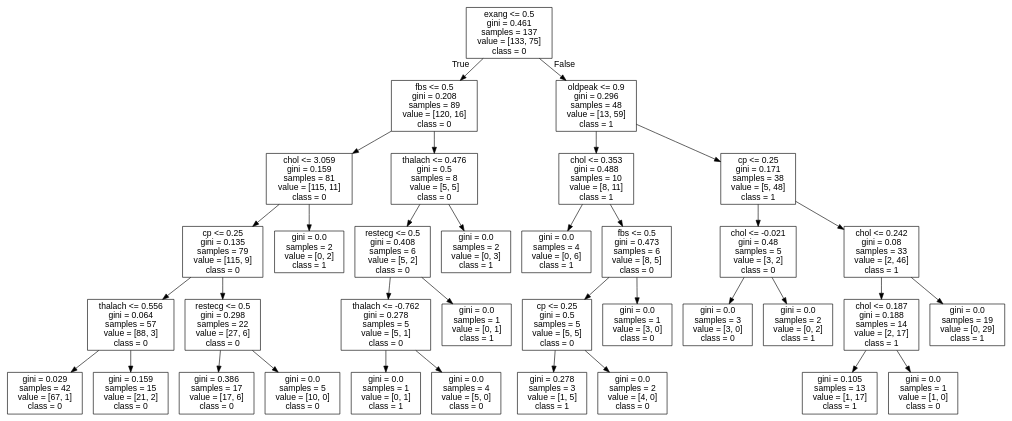
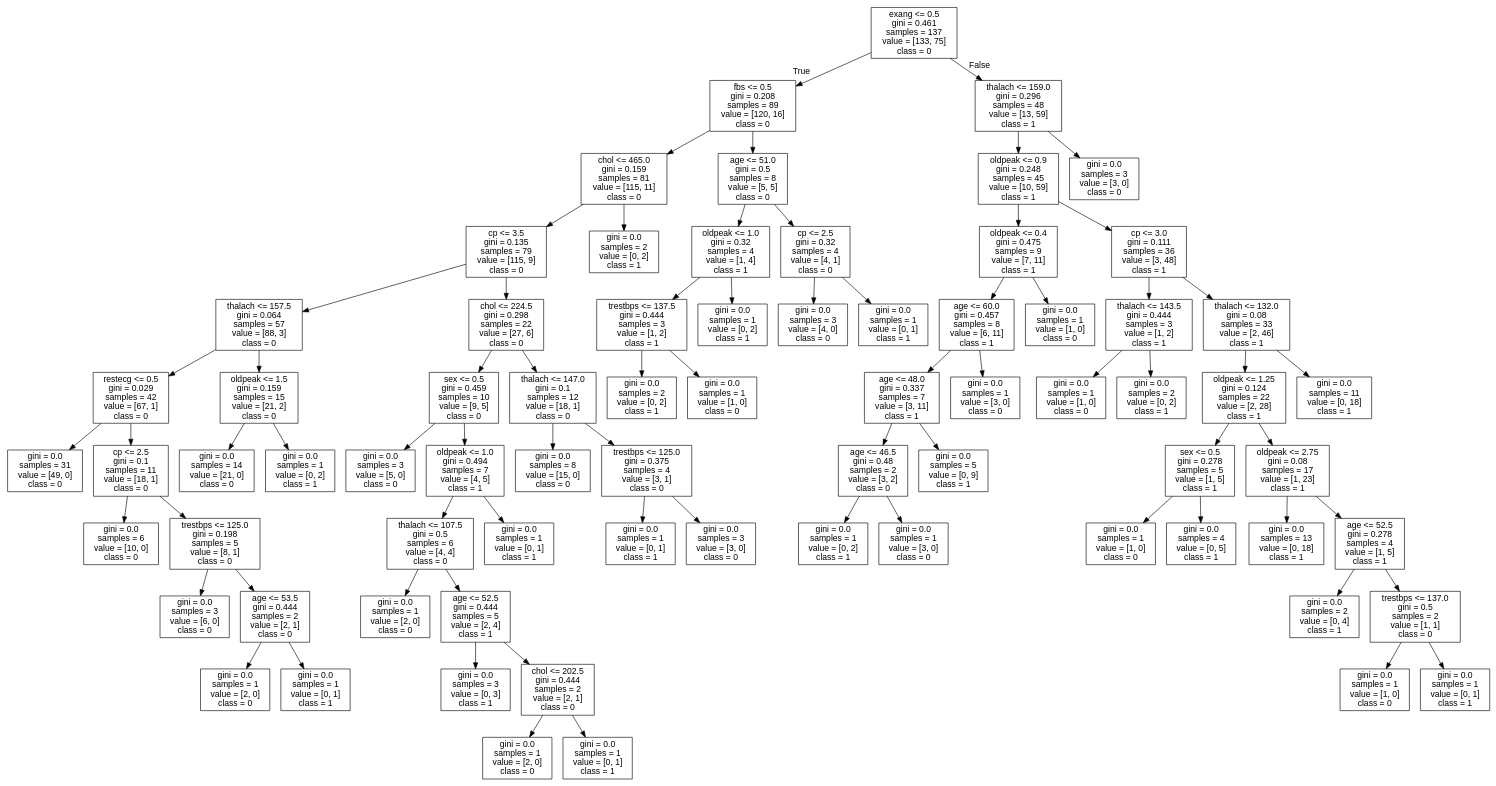
The diagram in data/heartdisease/tree.dot (cyrilvincent/ML), drawn with Graphviz before and after one commit. The commit also changed 2 other files, not shown here.

```diff
--- a/data/heartdisease/tree.dot
+++ b/data/heartdisease/tree.dot
@@ -1,73 +1,149 @@
 digraph Tree {
 node [shape=box, fontname="helvetica"] ;
 edge [fontname="helvetica"] ;
 0 [label="exang <= 0.5\ngini = 0.461\nsamples = 137\nvalue = [133, 75]\nclass = 0"] ;
 1 [label="fbs <= 0.5\ngini = 0.208\nsamples = 89\nvalue = [120, 16]\nclass = 0"] ;
 0 -> 1 [labeldistance=2.5, labelangle=45, headlabel="True"] ;
-2 [label="chol <= 3.059\ngini = 0.159\nsamples = 81\nvalue = [115, 11]\nclass = 0"] ;
+2 [label="chol <= 465.0\ngini = 0.159\nsamples = 81\nvalue = [115, 11]\nclass = 0"] ;
 1 -> 2 ;
-3 [label="cp <= 0.25\ngini = 0.135\nsamples = 79\nvalue = [115, 9]\nclass = 0"] ;
+3 [label="cp <= 3.5\ngini = 0.135\nsamples = 79\nvalue = [115, 9]\nclass = 0"] ;
 2 -> 3 ;
-4 [label="thalach <= 0.556\ngini = 0.064\nsamples = 57\nvalue = [88, 3]\nclass = 0"] ;
+4 [label="thalach <= 157.5\ngini = 0.064\nsamples = 57\nvalue = [88, 3]\nclass = 0"] ;
 3 -> 4 ;
-5 [label="gini = 0.029\nsamples = 42\nvalue = [67, 1]\nclass = 0"] ;
+5 [label="restecg <= 0.5\ngini = 0.029\nsamples = 42\nvalue = [67, 1]\nclass = 0"] ;
 4 -> 5 ;
-6 [label="gini = 0.159\nsamples = 15\nvalue = [21, 2]\nclass = 0"] ;
-4 -> 6 ;
-7 [label="restecg <= 0.5\ngini = 0.298\nsamples = 22\nvalue = [27, 6]\nclass = 0"] ;
-3 -> 7 ;
-8 [label="gini = 0.386\nsamples = 17\nvalue = [17, 6]\nclass = 0"] ;
+6 [label="gini = 0.0\nsamples = 31\nvalue = [49, 0]\nclass = 0"] ;
+5 -> 6 ;
+7 [label="cp <= 2.5\ngini = 0.1\nsamples = 11\nvalue = [18, 1]\nclass = 0"] ;
+5 -> 7 ;
+8 [label="gini = 0.0\nsamples = 6\nvalue = [10, 0]\nclass = 0"] ;
 7 -> 8 ;
-9 [label="gini = 0.0\nsamples = 5\nvalue = [10, 0]\nclass = 0"] ;
+9 [label="trestbps <= 125.0\ngini = 0.198\nsamples = 5\nvalue = [8, 1]\nclass = 0"] ;
 7 -> 9 ;
-10 [label="gini = 0.0\nsamples = 2\nvalue = [0, 2]\nclass = 1"] ;
-2 -> 10 ;
-11 [label="thalach <= 0.476\ngini = 0.5\nsamples = 8\nvalue = [5, 5]\nclass = 0"] ;
-1 -> 11 ;
-12 [label="restecg <= 0.5\ngini = 0.408\nsamples = 6\nvalue = [5, 2]\nclass = 0"] ;
+10 [label="gini = 0.0\nsamples = 3\nvalue = [6, 0]\nclass = 0"] ;
+9 -> 10 ;
+11 [label="age <= 53.5\ngini = 0.444\nsamples = 2\nvalue = [2, 1]\nclass = 0"] ;
+9 -> 11 ;
+12 [label="gini = 0.0\nsamples = 1\nvalue = [2, 0]\nclass = 0"] ;
 11 -> 12 ;
-13 [label="thalach <= -0.762\ngini = 0.278\nsamples = 5\nvalue = [5, 1]\nclass = 0"] ;
-12 -> 13 ;
-14 [label="gini = 0.0\nsamples = 1\nvalue = [0, 1]\nclass = 1"] ;
-13 -> 14 ;
-15 [label="gini = 0.0\nsamples = 4\nvalue = [5, 0]\nclass = 0"] ;
-13 -> 15 ;
-16 [label="gini = 0.0\nsamples = 1\nvalue = [0, 1]\nclass = 1"] ;
-12 -> 16 ;
-17 [label="gini = 0.0\nsamples = 2\nvalue = [0, 3]\nclass = 1"] ;
-11 -> 17 ;
-18 [label="oldpeak <= 0.9\ngini = 0.296\nsamples = 48\nvalue = [13, 59]\nclass = 1"] ;
-0 -> 18 [labeldistance=2.5, labelangle=-45, headlabel="False"] ;
-19 [label="chol <= 0.353\ngini = 0.488\nsamples = 10\nvalue = [8, 11]\nclass = 1"] ;
+13 [label="gini = 0.0\nsamples = 1\nvalue = [0, 1]\nclass = 1"] ;
+11 -> 13 ;
+14 [label="oldpeak <= 1.5\ngini = 0.159\nsamples = 15\nvalue = [21, 2]\nclass = 0"] ;
+4 -> 14 ;
+15 [label="gini = 0.0\nsamples = 14\nvalue = [21, 0]\nclass = 0"] ;
+14 -> 15 ;
+16 [label="gini = 0.0\nsamples = 1\nvalue = [0, 2]\nclass = 1"] ;
+14 -> 16 ;
+17 [label="chol <= 224.5\ngini = 0.298\nsamples = 22\nvalue = [27, 6]\nclass = 0"] ;
+3 -> 17 ;
+18 [label="sex <= 0.5\ngini = 0.459\nsamples = 10\nvalue = [9, 5]\nclass = 0"] ;
+17 -> 18 ;
+19 [label="gini = 0.0\nsamples = 3\nvalue = [5, 0]\nclass = 0"] ;
 18 -> 19 ;
-20 [label="gini = 0.0\nsamples = 4\nvalue = [0, 6]\nclass = 1"] ;
-19 -> 20 ;
-21 [label="fbs <= 0.5\ngini = 0.473\nsamples = 6\nvalue = [8, 5]\nclass = 0"] ;
-19 -> 21 ;
-22 [label="cp <= 0.25\ngini = 0.5\nsamples = 5\nvalue = [5, 5]\nclass = 0"] ;
+20 [label="oldpeak <= 1.0\ngini = 0.494\nsamples = 7\nvalue = [4, 5]\nclass = 1"] ;
+18 -> 20 ;
+21 [label="thalach <= 107.5\ngini = 0.5\nsamples = 6\nvalue = [4, 4]\nclass = 0"] ;
+20 -> 21 ;
+22 [label="gini = 0.0\nsamples = 1\nvalue = [2, 0]\nclass = 0"] ;
 21 -> 22 ;
-23 [label="gini = 0.278\nsamples = 3\nvalue = [1, 5]\nclass = 1"] ;
-22 -> 23 ;
-24 [label="gini = 0.0\nsamples = 2\nvalue = [4, 0]\nclass = 0"] ;
-22 -> 24 ;
-25 [label="gini = 0.0\nsamples = 1\nvalue = [3, 0]\nclass = 0"] ;
-21 -> 25 ;
-26 [label="cp <= 0.25\ngini = 0.171\nsamples = 38\nvalue = [5, 48]\nclass = 1"] ;
-18 -> 26 ;
-27 [label="chol <= -0.021\ngini = 0.48\nsamples = 5\nvalue = [3, 2]\nclass = 0"] ;
-26 -> 27 ;
-28 [label="gini = 0.0\nsamples = 3\nvalue = [3, 0]\nclass = 0"] ;
-27 -> 28 ;
-29 [label="gini = 0.0\nsamples = 2\nvalue = [0, 2]\nclass = 1"] ;
-27 -> 29 ;
-30 [label="chol <= 0.242\ngini = 0.08\nsamples = 33\nvalue = [2, 46]\nclass = 1"] ;
-26 -> 30 ;
-31 [label="chol <= 0.187\ngini = 0.188\nsamples = 14\nvalue = [2, 17]\nclass = 1"] ;
-30 -> 31 ;
-32 [label="gini = 0.105\nsamples = 13\nvalue = [1, 17]\nclass = 1"] ;
+23 [label="age <= 52.5\ngini = 0.444\nsamples = 5\nvalue = [2, 4]\nclass = 1"] ;
+21 -> 23 ;
+24 [label="gini = 0.0\nsamples = 3\nvalue = [0, 3]\nclass = 1"] ;
+23 -> 24 ;
+25 [label="chol <= 202.5\ngini = 0.444\nsamples = 2\nvalue = [2, 1]\nclass = 0"] ;
+23 -> 25 ;
+26 [label="gini = 0.0\nsamples = 1\nvalue = [2, 0]\nclass = 0"] ;
+25 -> 26 ;
+27 [label="gini = 0.0\nsamples = 1\nvalue = [0, 1]\nclass = 1"] ;
+25 -> 27 ;
+28 [label="gini = 0.0\nsamples = 1\nvalue = [0, 1]\nclass = 1"] ;
+20 -> 28 ;
+29 [label="thalach <= 147.0\ngini = 0.1\nsamples = 12\nvalue = [18, 1]\nclass = 0"] ;
+17 -> 29 ;
+30 [label="gini = 0.0\nsamples = 8\nvalue = [15, 0]\nclass = 0"] ;
+29 -> 30 ;
+31 [label="trestbps <= 125.0\ngini = 0.375\nsamples = 4\nvalue = [3, 1]\nclass = 0"] ;
+29 -> 31 ;
+32 [label="gini = 0.0\nsamples = 1\nvalue = [0, 1]\nclass = 1"] ;
 31 -> 32 ;
-33 [label="gini = 0.0\nsamples = 1\nvalue = [1, 0]\nclass = 0"] ;
+33 [label="gini = 0.0\nsamples = 3\nvalue = [3, 0]\nclass = 0"] ;
 31 -> 33 ;
-34 [label="gini = 0.0\nsamples = 19\nvalue = [0, 29]\nclass = 1"] ;
-30 -> 34 ;
+34 [label="gini = 0.0\nsamples = 2\nvalue = [0, 2]\nclass = 1"] ;
+2 -> 34 ;
+35 [label="age <= 51.0\ngini = 0.5\nsamples = 8\nvalue = [5, 5]\nclass = 0"] ;
+1 -> 35 ;
+36 [label="oldpeak <= 1.0\ngini = 0.32\nsamples = 4\nvalue = [1, 4]\nclass = 1"] ;
+35 -> 36 ;
+37 [label="trestbps <= 137.5\ngini = 0.444\nsamples = 3\nvalue = [1, 2]\nclass = 1"] ;
+36 -> 37 ;
+38 [label="gini = 0.0\nsamples = 2\nvalue = [0, 2]\nclass = 1"] ;
+37 -> 38 ;
+39 [label="gini = 0.0\nsamples = 1\nvalue = [1, 0]\nclass = 0"] ;
+37 -> 39 ;
+40 [label="gini = 0.0\nsamples = 1\nvalue = [0, 2]\nclass = 1"] ;
+36 -> 40 ;
+41 [label="cp <= 2.5\ngini = 0.32\nsamples = 4\nvalue = [4, 1]\nclass = 0"] ;
+35 -> 41 ;
+42 [label="gini = 0.0\nsamples = 3\nvalue = [4, 0]\nclass = 0"] ;
+41 -> 42 ;
+43 [label="gini = 0.0\nsamples = 1\nvalue = [0, 1]\nclass = 1"] ;
+41 -> 43 ;
+44 [label="thalach <= 159.0\ngini = 0.296\nsamples = 48\nvalue = [13, 59]\nclass = 1"] ;
+0 -> 44 [labeldistance=2.5, labelangle=-45, headlabel="False"] ;
+45 [label="oldpeak <= 0.9\ngini = 0.248\nsamples = 45\nvalue = [10, 59]\nclass = 1"] ;
+44 -> 45 ;
+46 [label="oldpeak <= 0.4\ngini = 0.475\nsamples = 9\nvalue = [7, 11]\nclass = 1"] ;
+45 -> 46 ;
+47 [label="age <= 60.0\ngini = 0.457\nsamples = 8\nvalue = [6, 11]\nclass = 1"] ;
+46 -> 47 ;
+48 [label="age <= 48.0\ngini = 0.337\nsamples = 7\nvalue = [3, 11]\nclass = 1"] ;
+47 -> 48 ;
+49 [label="age <= 46.5\ngini = 0.48\nsamples = 2\nvalue = [3, 2]\nclass = 0"] ;
+48 -> 49 ;
+50 [label="gini = 0.0\nsamples = 1\nvalue = [0, 2]\nclass = 1"] ;
+49 -> 50 ;
+51 [label="gini = 0.0\nsamples = 1\nvalue = [3, 0]\nclass = 0"] ;
+49 -> 51 ;
+52 [label="gini = 0.0\nsamples = 5\nvalue = [0, 9]\nclass = 1"] ;
+48 -> 52 ;
+53 [label="gini = 0.0\nsamples = 1\nvalue = [3, 0]\nclass = 0"] ;
+47 -> 53 ;
+54 [label="gini = 0.0\nsamples = 1\nvalue = [1, 0]\nclass = 0"] ;
+46 -> 54 ;
+55 [label="cp <= 3.0\ngini = 0.111\nsamples = 36\nvalue = [3, 48]\nclass = 1"] ;
+45 -> 55 ;
+56 [label="thalach <= 143.5\ngini = 0.444\nsamples = 3\nvalue = [1, 2]\nclass = 1"] ;
+55 -> 56 ;
+57 [label="gini = 0.0\nsamples = 1\nvalue = [1, 0]\nclass = 0"] ;
+56 -> 57 ;
+58 [label="gini = 0.0\nsamples = 2\nvalue = [0, 2]\nclass = 1"] ;
+56 -> 58 ;
+59 [label="thalach <= 132.0\ngini = 0.08\nsamples = 33\nvalue = [2, 46]\nclass = 1"] ;
+55 -> 59 ;
+60 [label="oldpeak <= 1.25\ngini = 0.124\nsamples = 22\nvalue = [2, 28]\nclass = 1"] ;
+59 -> 60 ;
+61 [label="sex <= 0.5\ngini = 0.278\nsamples = 5\nvalue = [1, 5]\nclass = 1"] ;
+60 -> 61 ;
+62 [label="gini = 0.0\nsamples = 1\nvalue = [1, 0]\nclass = 0"] ;
+61 -> 62 ;
+63 [label="gini = 0.0\nsamples = 4\nvalue = [0, 5]\nclass = 1"] ;
+61 -> 63 ;
+64 [label="oldpeak <= 2.75\ngini = 0.08\nsamples = 17\nvalue = [1, 23]\nclass = 1"] ;
+60 -> 64 ;
+65 [label="gini = 0.0\nsamples = 13\nvalue = [0, 18]\nclass = 1"] ;
+64 -> 65 ;
+66 [label="age <= 52.5\ngini = 0.278\nsamples = 4\nvalue = [1, 5]\nclass = 1"] ;
+64 -> 66 ;
+67 [label="gini = 0.0\nsamples = 2\nvalue = [0, 4]\nclass = 1"] ;
+66 -> 67 ;
+68 [label="trestbps <= 137.0\ngini = 0.5\nsamples = 2\nvalue = [1, 1]\nclass = 0"] ;
+66 -> 68 ;
+69 [label="gini = 0.0\nsamples = 1\nvalue = [1, 0]\nclass = 0"] ;
+68 -> 69 ;
+70 [label="gini = 0.0\nsamples = 1\nvalue = [0, 1]\nclass = 1"] ;
+68 -> 70 ;
+71 [label="gini = 0.0\nsamples = 11\nvalue = [0, 18]\nclass = 1"] ;
+59 -> 71 ;
+72 [label="gini = 0.0\nsamples = 3\nvalue = [3, 0]\nclass = 0"] ;
+44 -> 72 ;
 }
```
